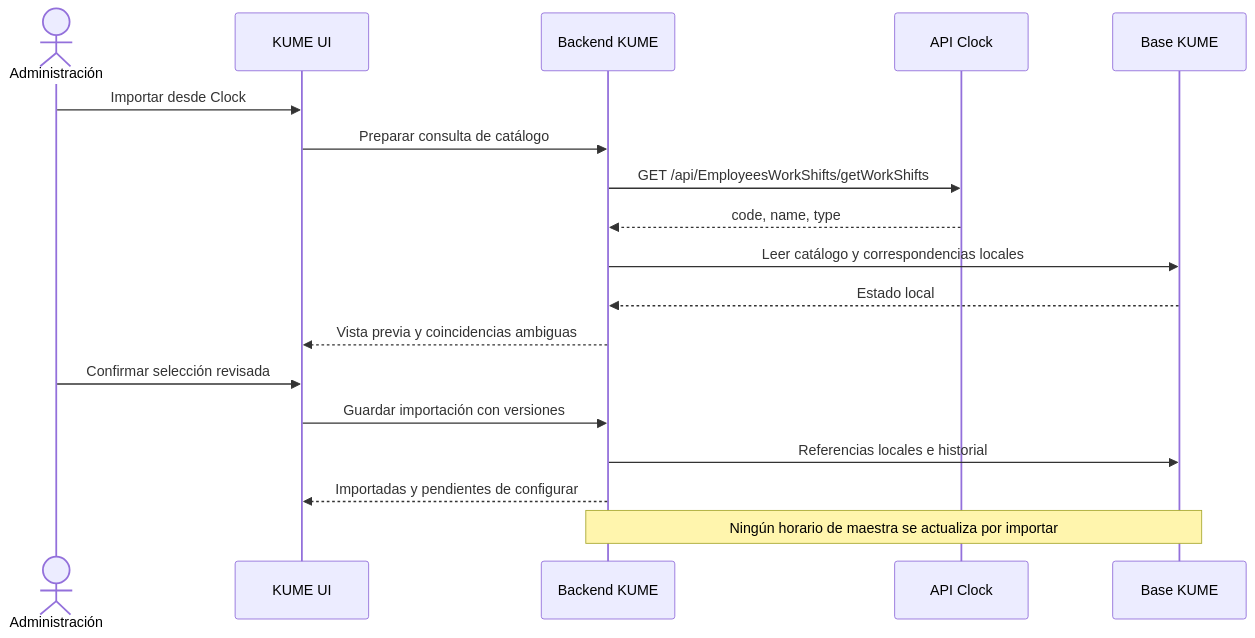
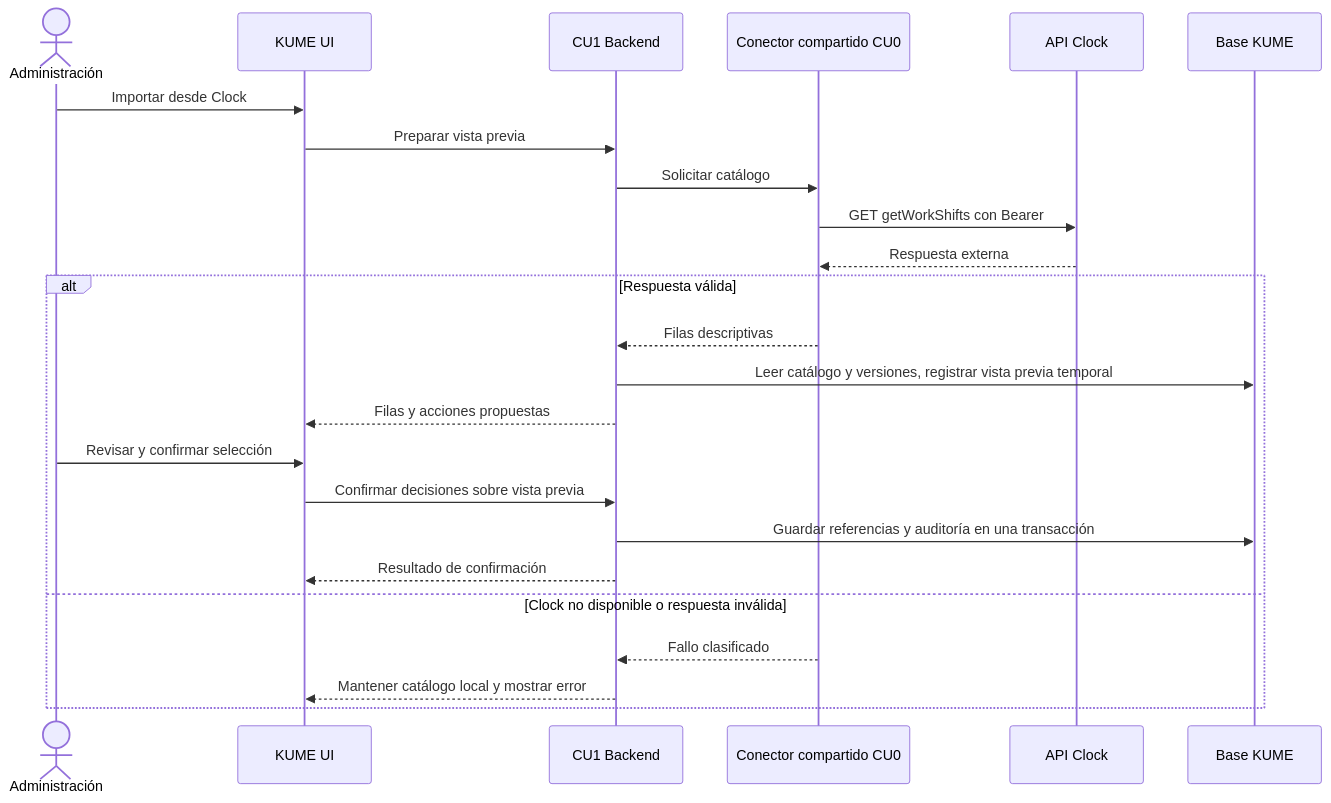
Before and after one commit to maxifarkuso/kume-admin-docs: the first of 2 diagrams in docs/functional/softwareclock/sincronizar-horarios.md, drawn with Mermaid. The commit also changed other lines of this file and 8 other files, not shown here.

Commit message:
docs(clock): especificar importación del catálogo de horarios

````diff
--- a/docs/functional/softwareclock/sincronizar-horarios.md
+++ b/docs/functional/softwareclock/sincronizar-horarios.md
@@ -32,20 +28,26 @@
 ```mermaid
 sequenceDiagram
     actor A as Administración
     participant UI as KUME UI
-    participant BE as Backend KUME
+    participant BE as CU1 Backend
+    participant CC as Conector compartido CU0
     participant C as API Clock
     participant DB as Base KUME
     A->>UI: Importar desde Clock
-    UI->>BE: Preparar consulta de catálogo
-    BE->>C: GET /api/EmployeesWorkShifts/getWorkShifts
-    C-->>BE: code, name, type
-    BE->>DB: Leer catálogo y correspondencias locales
-    DB-->>BE: Estado local
-    BE-->>UI: Vista previa y coincidencias ambiguas
-    A->>UI: Confirmar selección revisada
-    UI->>BE: Guardar importación con versiones
-    BE->>DB: Referencias locales e historial
-    BE-->>UI: Importadas y pendientes de configurar
-    Note over BE,DB: Ningún horario de maestra se actualiza por importar
+    UI->>BE: Preparar vista previa
+    BE->>CC: Solicitar catálogo
+    CC->>C: GET getWorkShifts con Bearer
+    C-->>CC: Respuesta externa
+    alt Respuesta válida
+        CC-->>BE: Filas descriptivas
+        BE->>DB: Leer catálogo y versiones, registrar vista previa temporal
+        BE-->>UI: Filas y acciones propuestas
+        A->>UI: Revisar y confirmar selección
+        UI->>BE: Confirmar decisiones sobre vista previa
+        BE->>DB: Guardar referencias y auditoría en una transacción
+        BE-->>UI: Resultado de confirmación
+    else Clock no disponible o respuesta inválida
+        CC-->>BE: Fallo clasificado
+        BE-->>UI: Mantener catálogo local y mostrar error
+    end
 ```
````
